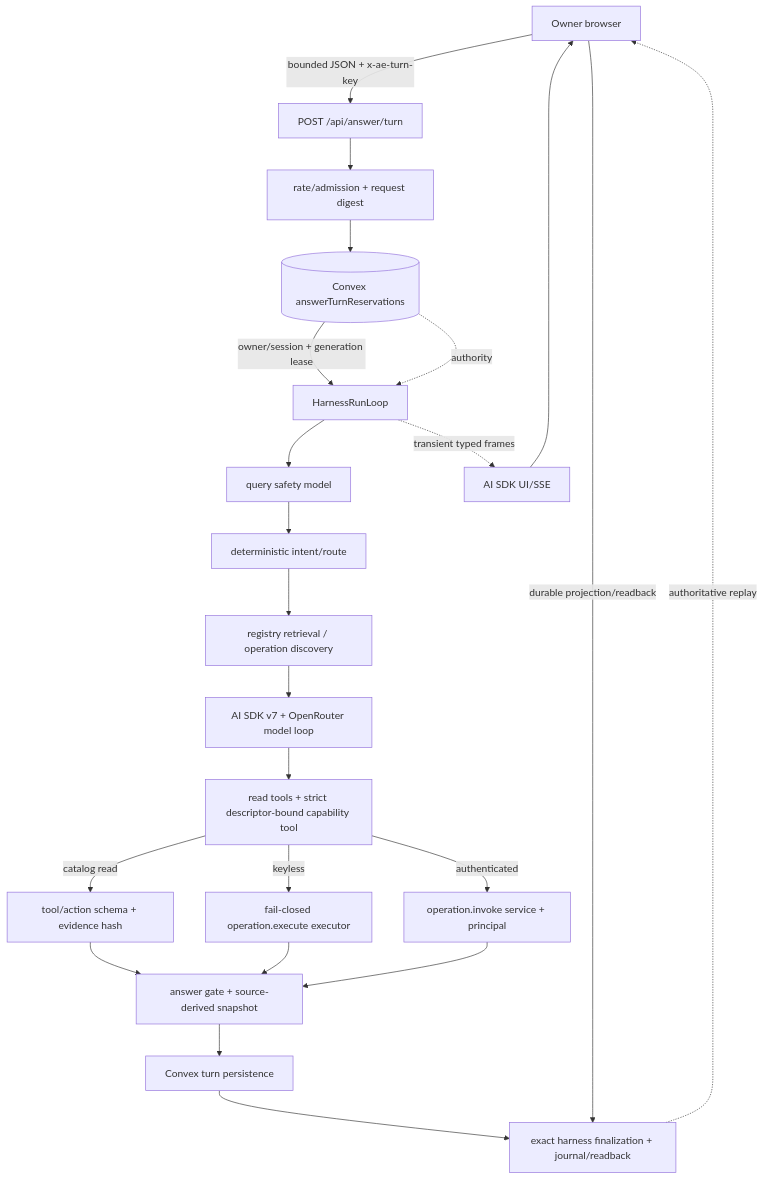
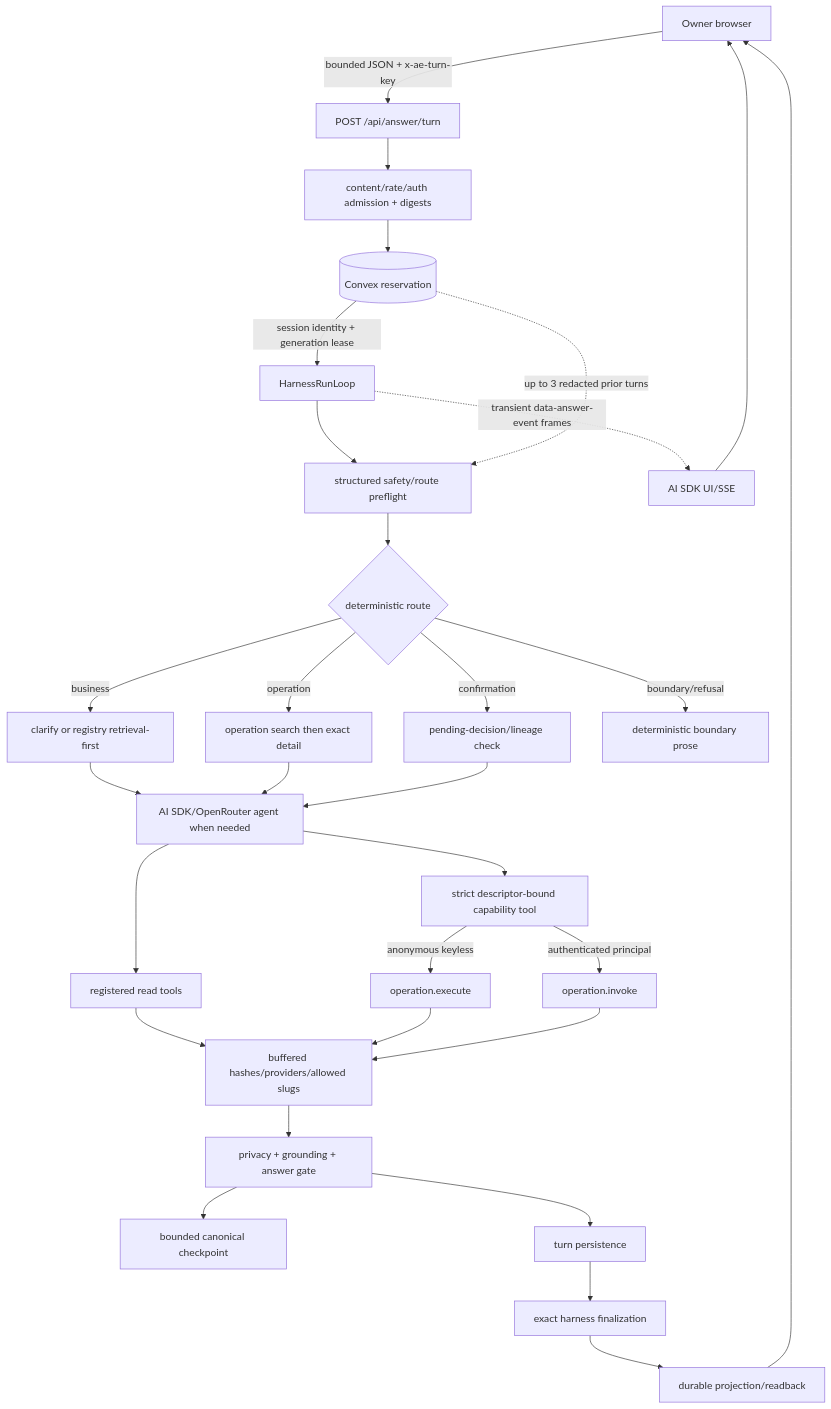
Before and after one commit to CreasyBear/Agentic-Economy: the first of 3 diagrams in .planning/codebase/PROMPT-DATA-FLOW.md, drawn with Mermaid. The commit also changed other lines of this file and 1 other file, not shown here.

Commit message:
docs: refresh IA and prompt data-flow maps

````diff
--- a/.planning/codebase/PROMPT-DATA-FLOW.md
+++ b/.planning/codebase/PROMPT-DATA-FLOW.md
@@ -28,25 +31,32 @@
 ```mermaid
 flowchart TD
   B[Owner browser] -->|bounded JSON + x-ae-turn-key| R[POST /api/answer/turn]
-  R --> A[rate/admission + request digest]
-  A --> C[(Convex answerTurnReservations)]
-  C -->|owner/session + generation lease| H[HarnessRunLoop]
-  H --> S[query safety model]
-  S --> I[deterministic intent/route]
-  I --> D[registry retrieval / operation discovery]
-  D --> M[AI SDK v7 + OpenRouter model loop]
-  M --> T[read tools + strict descriptor-bound capability tool]
-  T -->|catalog read| G[tool/action schema + evidence hash]
-  T -->|keyless| X[fail-closed operation.execute executor]
-  T -->|authenticated| Y[operation.invoke service + principal]
-  G --> Q[answer gate + source-derived snapshot]
-  X --> Q
-  Y --> Q
-  Q --> P[Convex turn persistence]
-  P --> F[exact harness finalization + journal/readback]
-  H -. transient typed frames .-> E[AI SDK UI/SSE]
-  E --> B
-  B -->|durable projection/readback| F
-  C -. authority .-> H
-  F -. authoritative replay .-> B
+  R --> A[content/rate/auth admission + digests]
+  A --> C[(Convex reservation)]
+  C -->|session identity + generation lease| H[HarnessRunLoop]
+  H --> P[structured safety/route preflight]
+  C -. up to 3 redacted prior turns .-> P
+  P --> D{deterministic route}
+  D -->|business| BR[clarify or registry retrieval-first]
+  D -->|operation| N[operation search then exact detail]
+  D -->|confirmation| PD[pending-decision/lineage check]
+  D -->|boundary/refusal| BP[deterministic boundary prose]
+  BR --> M[AI SDK/OpenRouter agent when needed]
+  N --> M
+  PD --> M
+  M --> RT[registered read tools]
+  M --> CT[strict descriptor-bound capability tool]
+  CT -->|anonymous keyless| KE[operation.execute]
+  CT -->|authenticated principal| IV[operation.invoke]
+  RT --> EV[buffered hashes/providers/allowed slugs]
+  KE --> EV
+  IV --> EV
+  EV --> G[privacy + grounding + answer gate]
+  G --> CP[bounded canonical checkpoint]
+  G --> PS[turn persistence]
+  PS --> F[exact harness finalization]
+  H -. transient data-answer-event frames .-> SSE[AI SDK UI/SSE]
+  SSE --> B
+  F --> RB[durable projection/readback]
+  RB --> B
 ```
````
